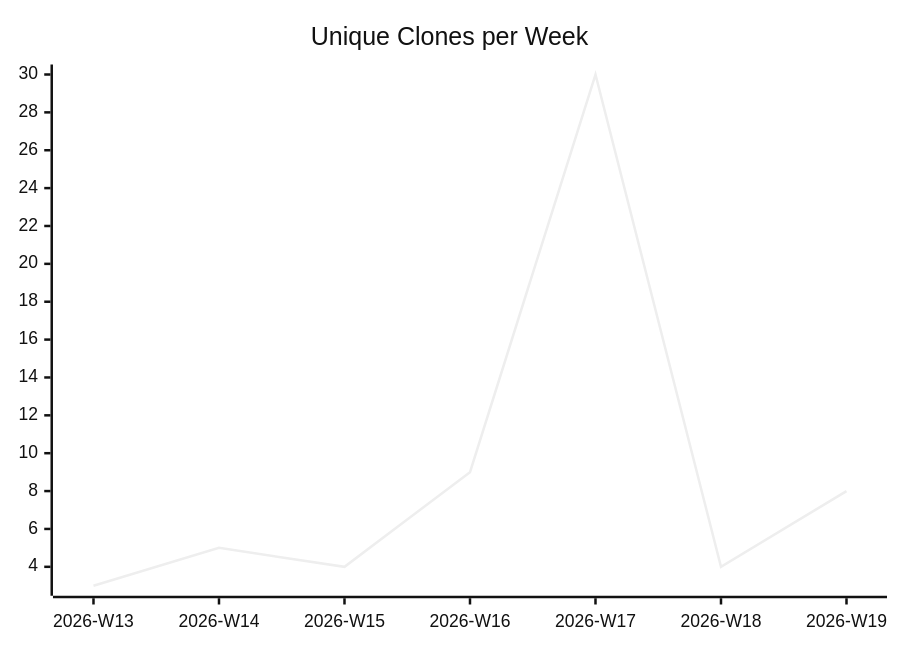
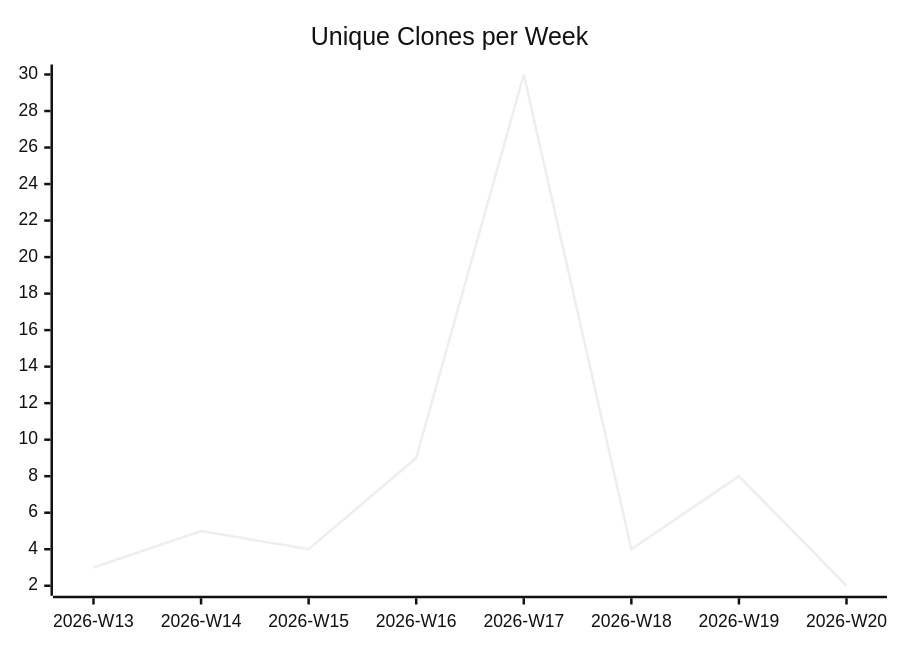
One commit to justdavis-family/github-analytics-data changed the third of 3 diagrams in karlmdavis/dotfiles/README.md. Above: the diagram before and after it, drawn with Mermaid (neutral theme). The commit also changed other lines of this file and 176 other files, not shown here.

````diff
--- a/karlmdavis/dotfiles/README.md
+++ b/karlmdavis/dotfiles/README.md
@@ -19,6 +19,6 @@
 ```mermaid
 xychart-beta
   title "Unique Clones per Week"
-  x-axis ["2026-W13", "2026-W14", "2026-W15", "2026-W16", "2026-W17", "2026-W18", "2026-W19"]
-  line [3, 5, 4, 9, 30, 4, 8]
+  x-axis ["2026-W13", "2026-W14", "2026-W15", "2026-W16", "2026-W17", "2026-W18", "2026-W19", "2026-W20"]
+  line [3, 5, 4, 9, 30, 4, 8, 2]
 ```
````
